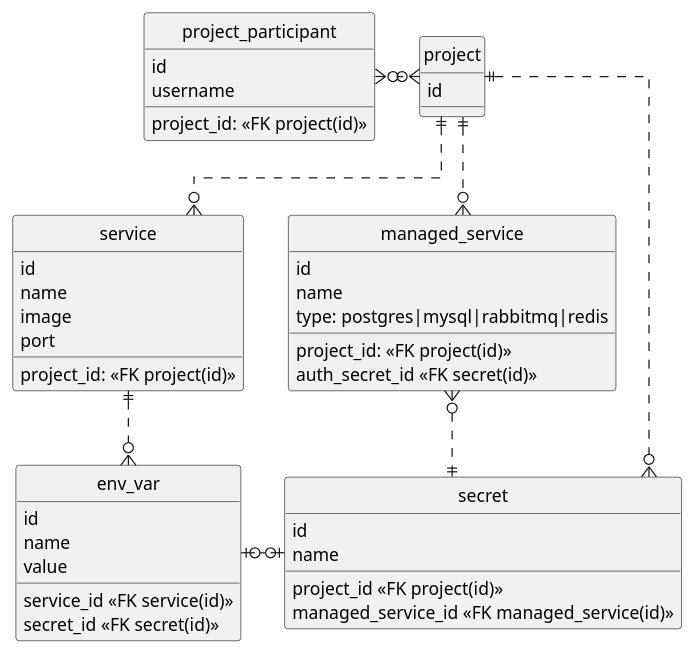
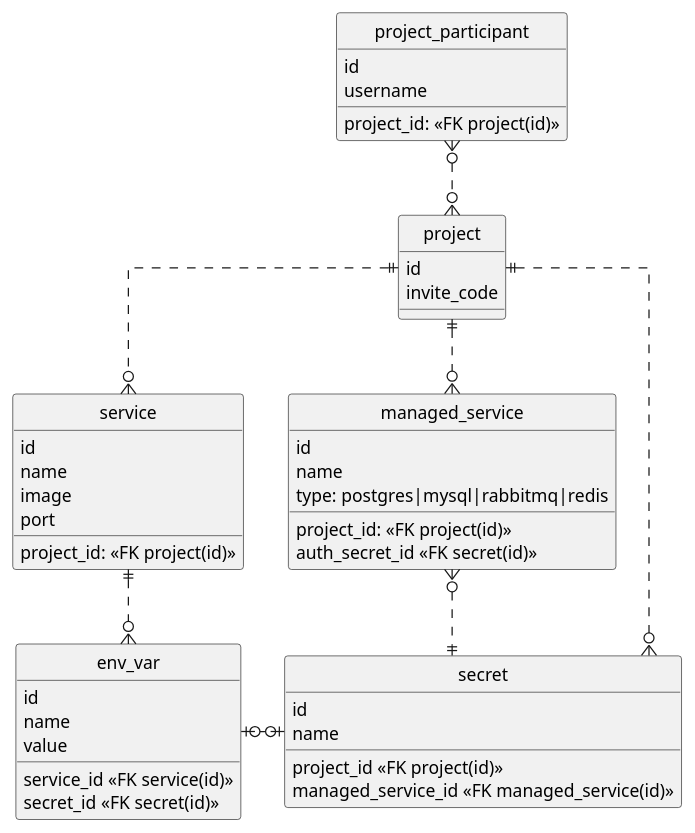
Before and after one commit to kuzznya/letsdeploy: the diagram in docs/db.md, drawn with PlantUML. The commit also changed 30 other files, not shown here.

````diff
--- a/docs/db.md
+++ b/docs/db.md
@@ -3,59 +3,60 @@
 ```plantuml
 @startuml
 ' hide the spot
 hide circle
 
 ' avoid problems with angled crows feet
 skinparam linetype ortho
 
 entity project {
   id
+  invite_code
 }
 
 entity project_participant {
   id 
   project_id: <<FK project(id)>>
   username
 }
 
 entity service {
   id
   project_id: <<FK project(id)>>
   name
   image
   port
 }
 
 entity managed_service {
   id
   project_id: <<FK project(id)>>
   name
   type: postgres|mysql|rabbitmq|redis
   auth_secret_id <<FK secret(id)>>
 }
 
 entity env_var {
   id
   service_id <<FK service(id)>>
   name
   value
   secret_id <<FK secret(id)>>
 }
 
 entity secret {
   id
   project_id <<FK project(id)>>
   name
   managed_service_id <<FK managed_service(id)>>
 }
 
-project }o.left.o{ project_participant
+project }o.up.o{ project_participant
 project ||..o{ service
 project ||..o{ managed_service
 service ||..o{ env_var
 env_var |o.right.o| secret
 project ||..o{ secret
 secret ||.up.o{ managed_service
 
 @enduml
 ```
````
